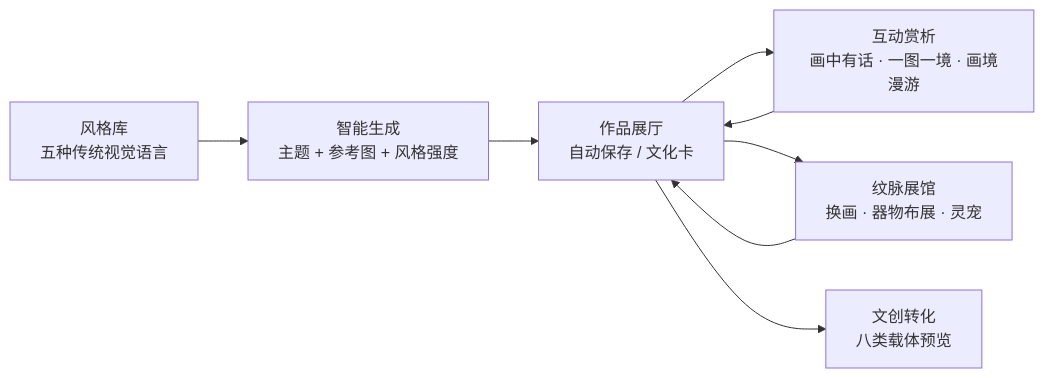
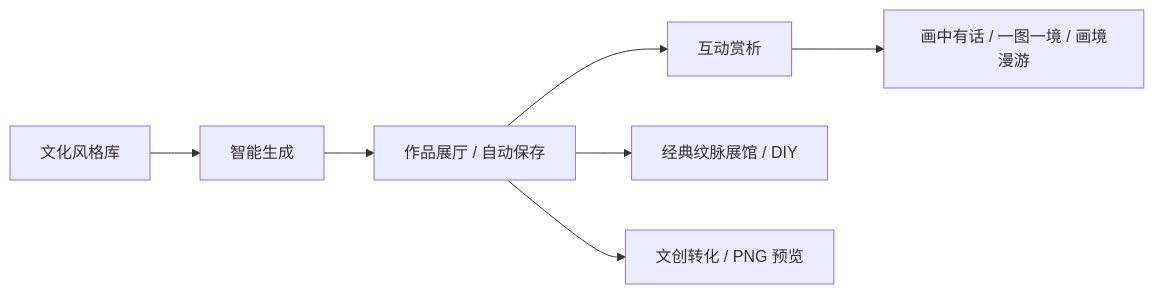
One commit to 3331083641-prog/wenmai-huazhang changed the first of 2 diagrams in README.md. Above: the diagram before and after it, drawn with Mermaid. The commit also changed other lines of this file and 217 other files, not shown here.

````diff
--- a/README.md
+++ b/README.md
@@ -19,10 +21,9 @@
 ```mermaid
 flowchart LR
-  A[风格库<br/>五种传统视觉语言] --> B[智能生成<br/>主题 + 参考图 + 风格强度]
-  B --> C[作品展厅<br/>自动保存 / 文化卡]
-  C --> D[互动赏析<br/>画中有话 · 一图一境 · 画境漫游]
-  C --> E[纹脉展馆<br/>换画 · 器物布展 · 灵宠]
-  C --> F[文创转化<br/>八类载体预览]
-  D --> C
-  E --> C
+  A[文化风格库] --> B[智能生成]
+  B --> C[作品展厅 / 自动保存]
+  C --> D[互动赏析]
+  D --> H[画中有话 / 一图一境 / 画境漫游]
+  C --> E[经典纹脉展馆 / DIY]
+  C --> F[文创转化 / PNG 预览]
 ```
````
